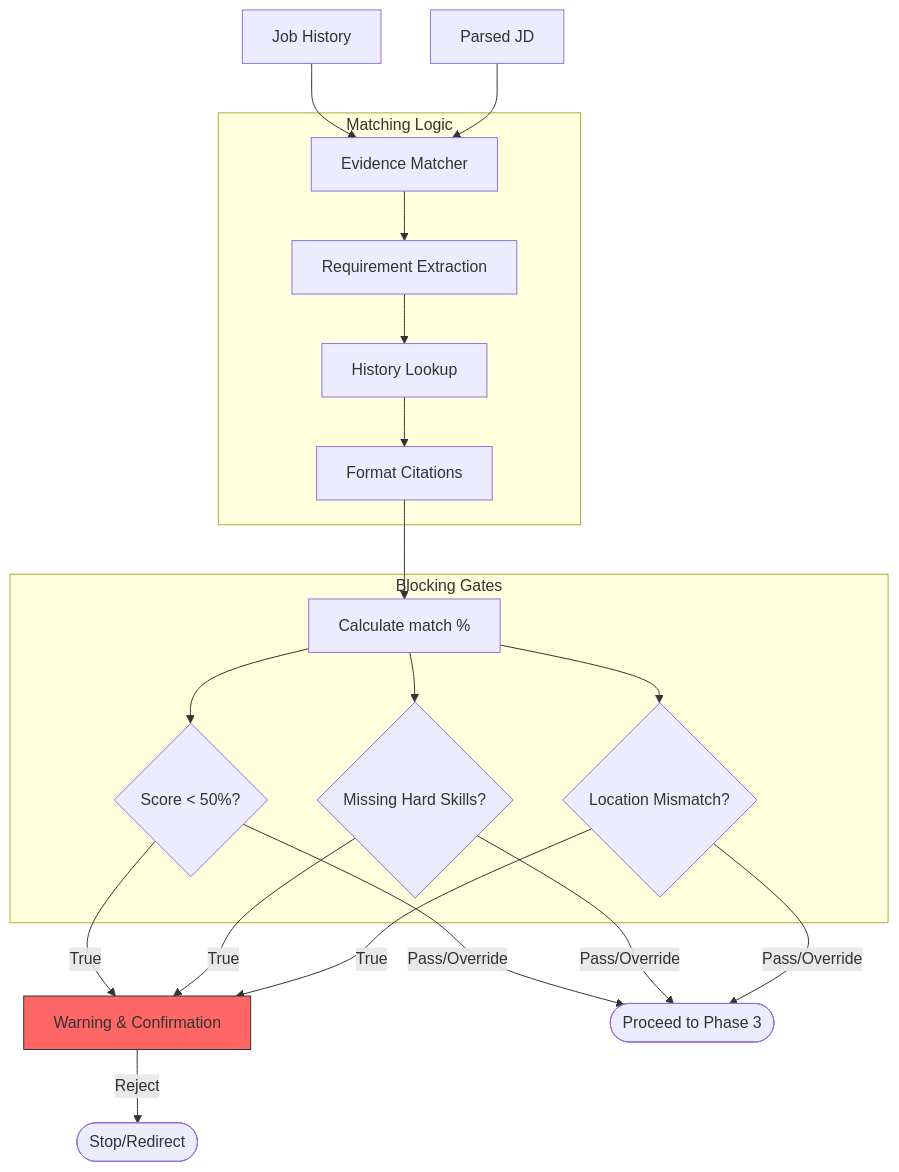
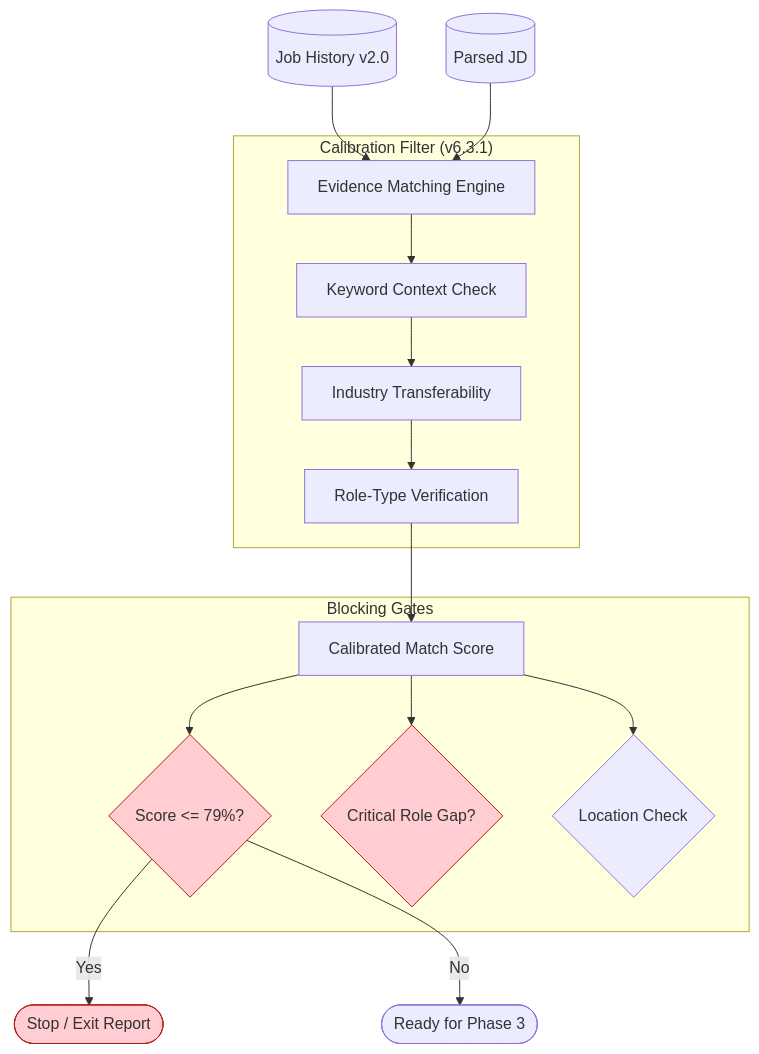
Before and after one commit to technomensch/optimize-my-resume: the diagram in wireframes/phase-2-core-integration-mermaid.md, drawn with Mermaid. The commit also changed other lines of this file and 26 other files, not shown here.

Commit message:
docs: synchronize architectural wireframes with v6.3.x guardrails and establish testing protocols

````diff
--- a/wireframes/phase-2-core-integration-mermaid.md
+++ b/wireframes/phase-2-core-integration-mermaid.md
@@ -14,28 +14,26 @@
 ```mermaid
-graph TD
-    InputJH[Job History] --> Match[Evidence Matcher]
-    InputJD[Parsed JD] --> Match
+flowchart TD
+    JH[(Job History v2.0)] --> Match[Evidence Matching Engine]
+    JD[(Parsed JD)] --> Match
     
-    subgraph "Matching Logic"
-    Match --> Extract[Requirement Extraction]
-    Extract --> Search[History Lookup]
-    Search --> Cite[Format Citations]
+    subgraph "Calibration Filter (v6.3.1)"
+    Match --> C1[Keyword Context Check]
+    C1 --> C2[Industry Transferability]
+    C2 --> C3[Role-Type Verification]
     end
     
-    Cite --> Score[Calculate match %]
+    C3 --> Score[Calibrated Match Score]
     
     subgraph "Blocking Gates"
-    Score --> Gate1{Score < 50%?}
-    Score --> Gate2{Missing Hard Skills?}
-    Score --> Gate3{Location Mismatch?}
+    Score --> G1{Score <= 79%?}
+    Score --> G2{Critical Role Gap?}
+    Score --> G3{Location Check}
     end
     
-    Gate1 -->|True| Warn[Warning & Confirmation]
-    Gate2 -->|True| Warn
-    Gate3 -->|True| Warn
+    G1 -->|Yes| Stop([Stop / Exit Report])
+    G1 -->|No| P3([Ready for Phase 3])
     
-    Gate1 & Gate2 & Gate3 -->|Pass/Override| Next([Proceed to Phase 3])
-    Warn -->|Reject| End([Stop/Redirect])
-    
-    style Warn fill:#f66,stroke:#333
+    style G1 fill:#ffcdd2,stroke:#b71c1c
+    style G2 fill:#ffcdd2,stroke:#b71c1c
+    style Stop fill:#ffcdd2,stroke:#b71c1c
 ```
````
